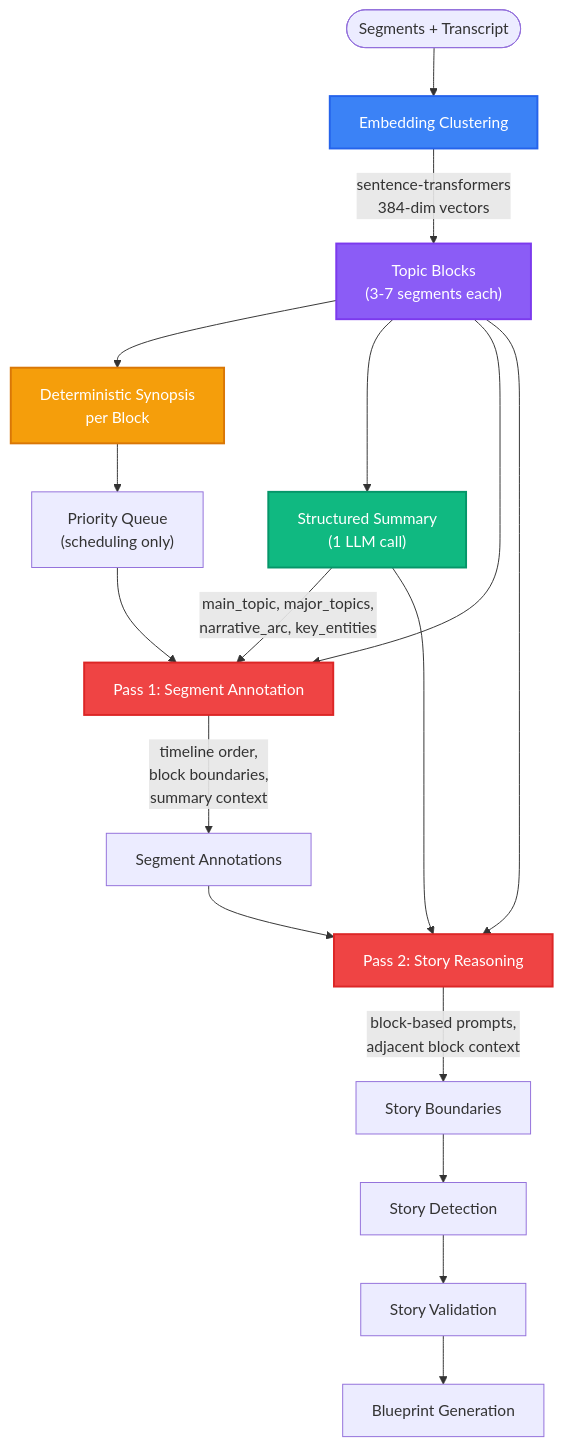
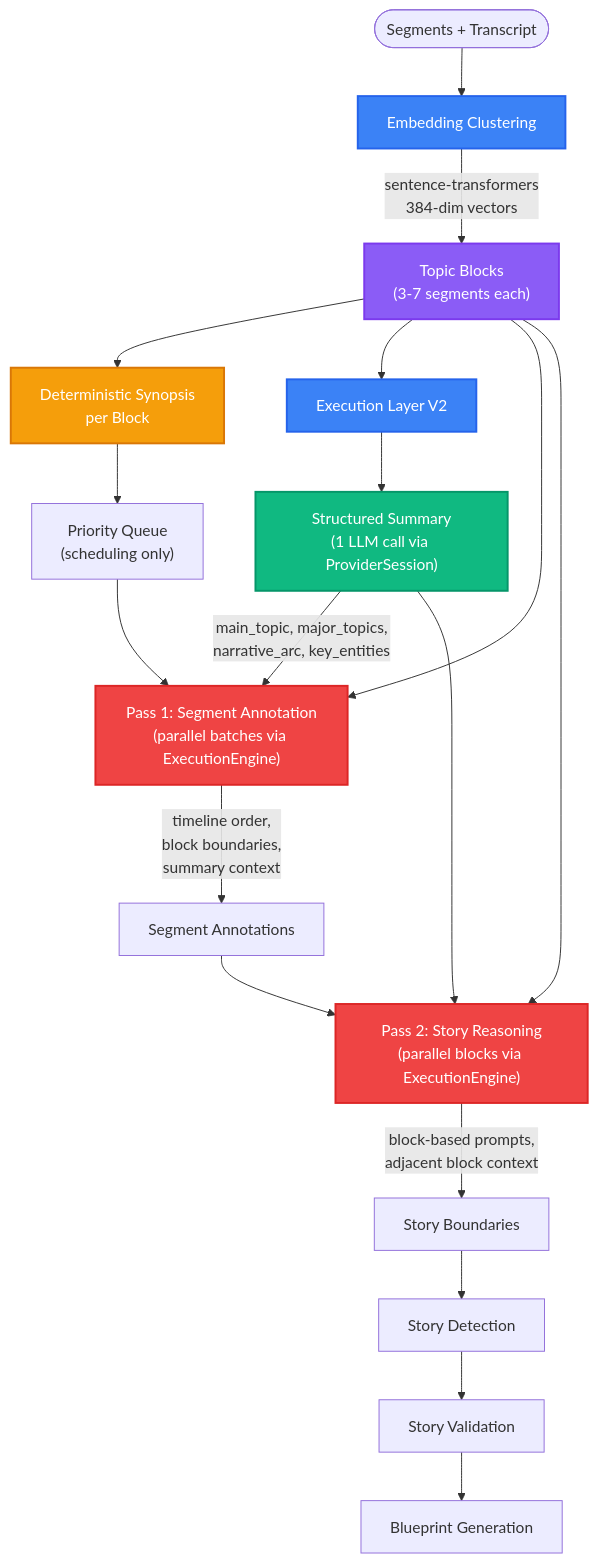
The sixth of 12 diagrams in README.md (samm329-ui/Trimora_v2), drawn with Mermaid before and after one commit. The commit also changed other lines of this file, not shown here.

First line of the commit message:
docs: update README with Execution Layer V2 documentation

````diff
--- a/README.md
+++ b/README.md
@@ -179,30 +340,32 @@
 ```mermaid
 flowchart TB
     START([Segments + Transcript]) --> EMB["Embedding Clustering"]
     EMB -->|"sentence-transformers\n384-dim vectors"| BLOCKS["Topic Blocks\n(3-7 segments each)"]
     BLOCKS --> SYNOPSIS["Deterministic Synopsis\nper Block"]
     SYNOPSIS --> PRIORITY["Priority Queue\n(scheduling only)"]
     
-    BLOCKS --> SUMMARY["Structured Summary\n(1 LLM call)"]
-    SUMMARY -->|"main_topic, major_topics,\nnarrative_arc, key_entities"| PASS1["Pass 1: Segment Annotation"]
+    BLOCKS --> EXEC["Execution Layer V2"]
+    EXEC --> SUMMARY["Structured Summary\n(1 LLM call via ProviderSession)"]
+    SUMMARY -->|"main_topic, major_topics,\nnarrative_arc, key_entities"| PASS1["Pass 1: Segment Annotation\n(parallel batches via ExecutionEngine)"]
     
     PRIORITY --> PASS1
     BLOCKS --> PASS1
     PASS1 -->|"timeline order,\nblock boundaries,\nsummary context"| ANNOTATIONS["Segment Annotations"]
     
-    ANNOTATIONS --> PASS2["Pass 2: Story Reasoning"]
+    ANNOTATIONS --> PASS2["Pass 2: Story Reasoning\n(parallel blocks via ExecutionEngine)"]
     BLOCKS --> PASS2
     SUMMARY --> PASS2
     PASS2 -->|"block-based prompts,\nadjacent block context"| BOUNDARIES["Story Boundaries"]
     
     BOUNDARIES --> DETECT["Story Detection"]
     DETECT --> VALIDATE["Story Validation"]
     VALIDATE --> BLUEPRINTS["Blueprint Generation"]
 
     style EMB fill:#3b82f6,color:#fff,stroke:#2563eb,stroke-width:2px
     style BLOCKS fill:#8b5cf6,color:#fff,stroke:#7c3aed,stroke-width:2px
     style SYNOPSIS fill:#f59e0b,color:#fff,stroke:#d97706,stroke-width:2px
+    style EXEC fill:#3b82f6,color:#fff,stroke:#2563eb,stroke-width:2px
     style SUMMARY fill:#10b981,color:#fff,stroke:#059669,stroke-width:2px
     style PASS1 fill:#ef4444,color:#fff,stroke:#dc2626,stroke-width:2px
     style PASS2 fill:#ef4444,color:#fff,stroke:#dc2626,stroke-width:2px
 ```
````
